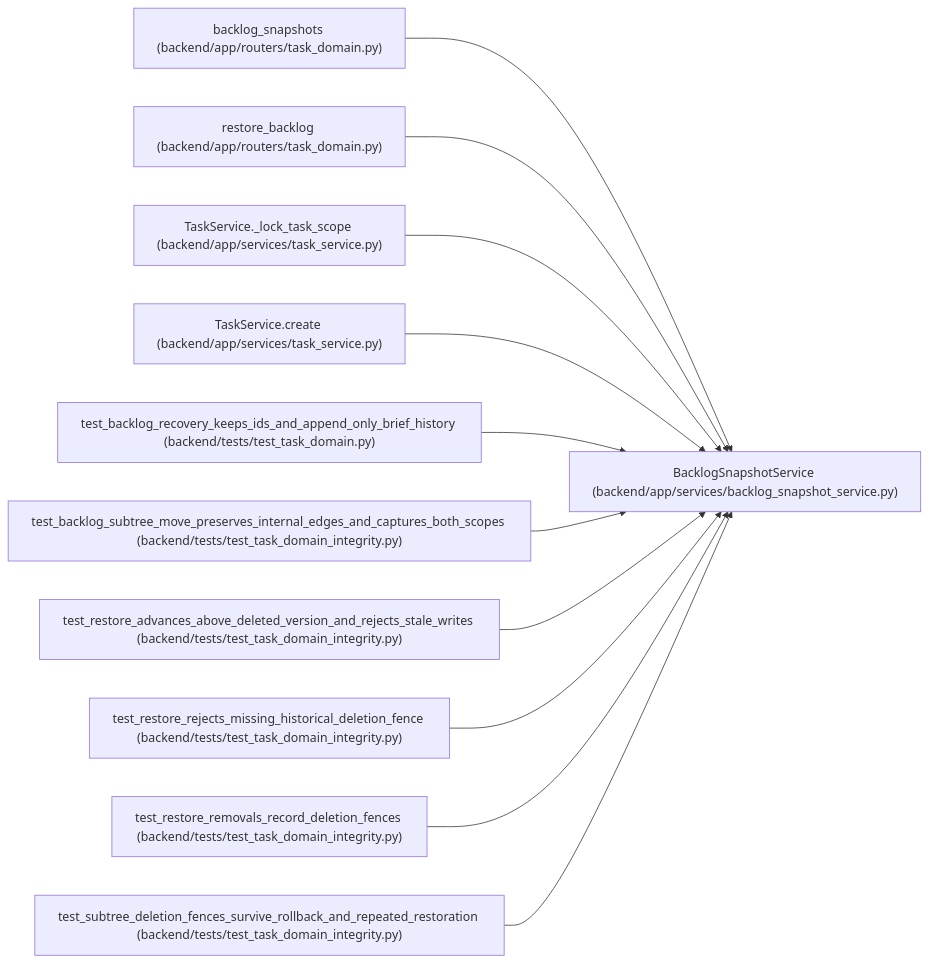
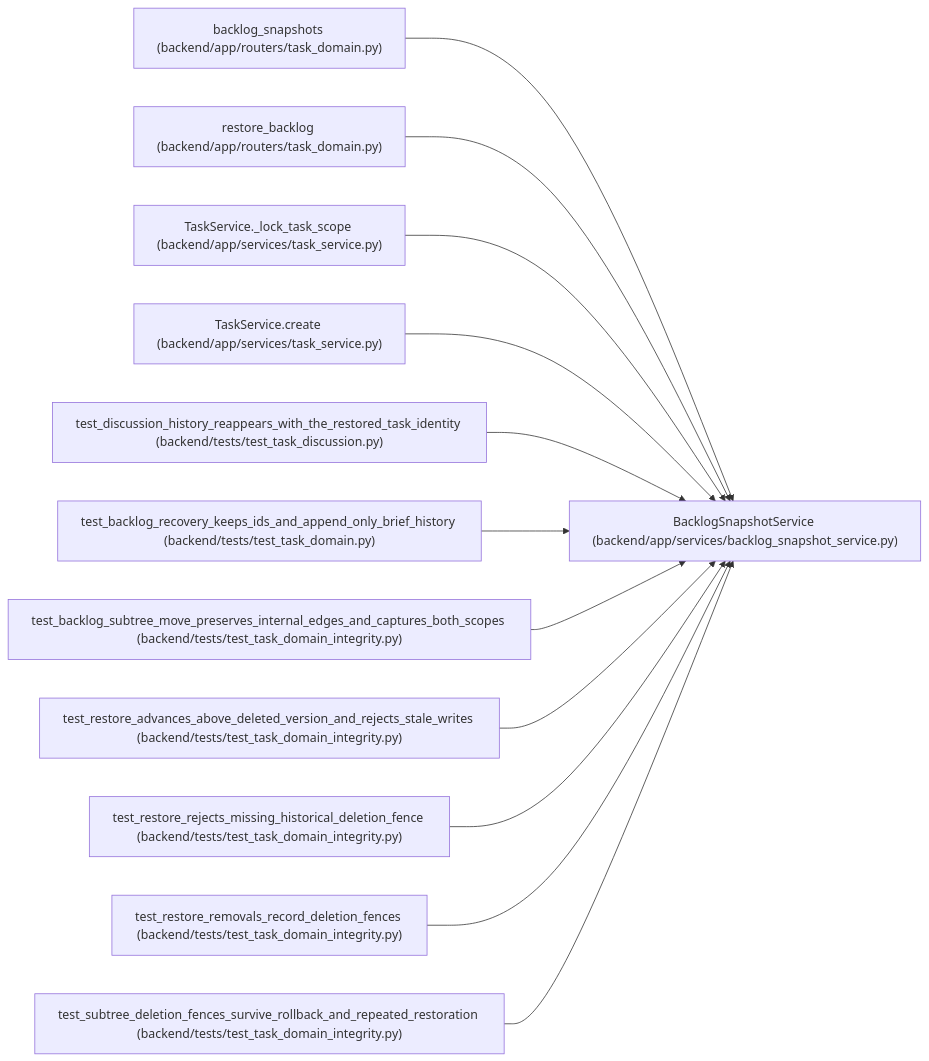
One commit to Denissvgn/WorkChord changed the diagram in docs/llm_wiki/entities/BacklogSnapshotService.md. Above: the diagram before and after it, drawn with Mermaid. The commit also changed other lines of this file and 1888 other files, not shown here.

First line of the commit message:
Add human teamwork workflows, shared capacity, and task discussion (#7)

````diff
--- a/docs/llm_wiki/entities/BacklogSnapshotService.md
+++ b/docs/llm_wiki/entities/BacklogSnapshotService.md
@@ -30,35 +30,38 @@
 ```mermaid
 flowchart LR
     n0["BacklogSnapshotService (backend/app/services/backlog_snapshot_service.py)"]
     n1["backlog_snapshots (backend/app/routers/task_domain.py)"]
     n2["restore_backlog (backend/app/routers/task_domain.py)"]
     n3["TaskService._lock_task_scope (backend/app/services/task_service.py)"]
     n4["TaskService.create (backend/app/services/task_service.py)"]
-    n5["test_backlog_recovery_keeps_ids_and_append_only_brief_history (backend/tests/test_task_domain.py)"]
-    n6["test_backlog_subtree_move_preserves_internal_edges_and_captures_both_scopes (backend/tests/test_task_domain_integrity.py)"]
-    n7["test_restore_advances_above_deleted_version_and_rejects_stale_writes (backend/tests/test_task_domain_integrity.py)"]
-    n8["test_restore_rejects_missing_historical_deletion_fence (backend/tests/test_task_domain_integrity.py)"]
-    n9["test_restore_removals_record_deletion_fences (backend/tests/test_task_domain_integrity.py)"]
-    n10["test_subtree_deletion_fences_survive_rollback_and_repeated_restoration (backend/tests/test_task_domain_integrity.py)"]
+    n5["test_discussion_history_reappears_with_the_restored_task_identity (backend/tests/test_task_discussion.py)"]
+    n6["test_backlog_recovery_keeps_ids_and_append_only_brief_history (backend/tests/test_task_domain.py)"]
+    n7["test_backlog_subtree_move_preserves_internal_edges_and_captures_both_scopes (backend/tests/test_task_domain_integrity.py)"]
+    n8["test_restore_advances_above_deleted_version_and_rejects_stale_writes (backend/tests/test_task_domain_integrity.py)"]
+    n9["test_restore_rejects_missing_historical_deletion_fence (backend/tests/test_task_domain_integrity.py)"]
+    n10["test_restore_removals_record_deletion_fences (backend/tests/test_task_domain_integrity.py)"]
+    n11["test_subtree_deletion_fences_survive_rollback_and_repeated_restoration (backend/tests/test_task_domain_integrity.py)"]
     n1 --> n0
     n2 --> n0
     n3 --> n0
     n4 --> n0
     n5 --> n0
     n6 --> n0
     n7 --> n0
     n8 --> n0
     n9 --> n0
     n10 --> n0
+    n11 --> n0
     click n0 "../modules/backlog_snapshot_service.md"
     click n1 "../modules/routers_task_domain.md"
     click n2 "../modules/routers_task_domain.md"
     click n3 "../modules/task_service.md"
     click n4 "../modules/task_service.md"
-    click n5 "../modules/test_task_domain.md"
-    click n6 "../modules/test_task_domain_integrity.md"
+    click n5 "../modules/test_task_discussion.md"
+    click n6 "../modules/test_task_domain.md"
     click n7 "../modules/test_task_domain_integrity.md"
     click n8 "../modules/test_task_domain_integrity.md"
     click n9 "../modules/test_task_domain_integrity.md"
     click n10 "../modules/test_task_domain_integrity.md"
+    click n11 "../modules/test_task_domain_integrity.md"
 ```
````
